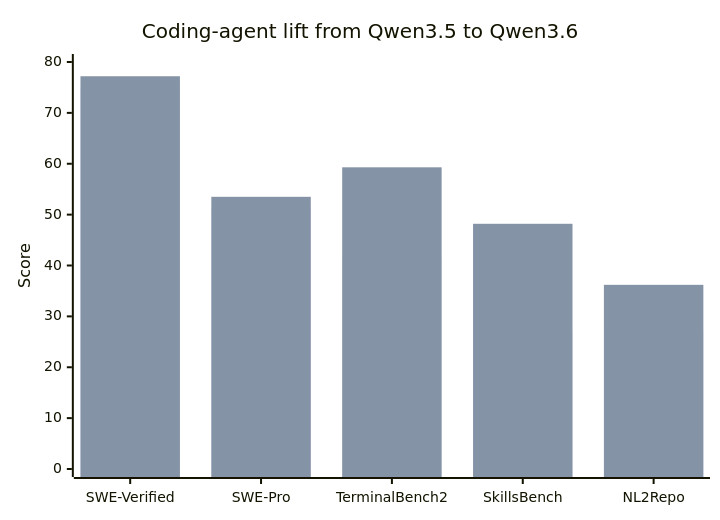
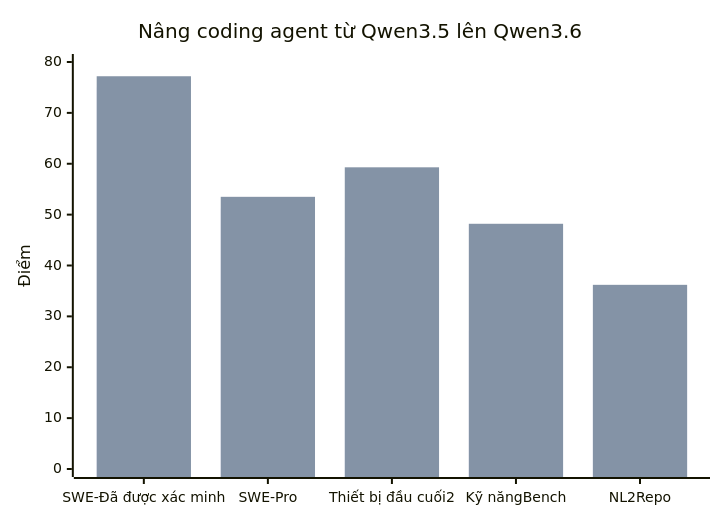
The third of 3 diagrams in docs/research_finding/01-gwen/qwen_models/qwen_evolution.md (cycler04/VinRobotics-VLA), drawn with Mermaid before and after one commit. The commit also changed other lines of this file and 24 other files, not shown here.

````diff
--- a/docs/research_finding/01-gwen/qwen_models/qwen_evolution.md
+++ b/docs/research_finding/01-gwen/qwen_models/qwen_evolution.md
@@ -183,8 +183,8 @@
 ```mermaid
 xychart-beta
-    title "Coding-agent lift from Qwen3.5 to Qwen3.6"
-    x-axis ["SWE-Verified","SWE-Pro","TerminalBench2","SkillsBench","NL2Repo"]
-    y-axis "Score" 0 --> 80
+    title "Nâng coding agent từ Qwen3.5 lên Qwen3.6"
+    x-axis ["SWE-Đã được xác minh","SWE-Pro","Thiết bị đầu cuối2","Kỹ năngBench","NL2Repo"]
+    y-axis "Điểm" 0 --> 80
     bar [75.0,51.2,41.6,27.2,27.3]
     bar [77.2,53.5,59.3,48.2,36.2]
 ```
````
